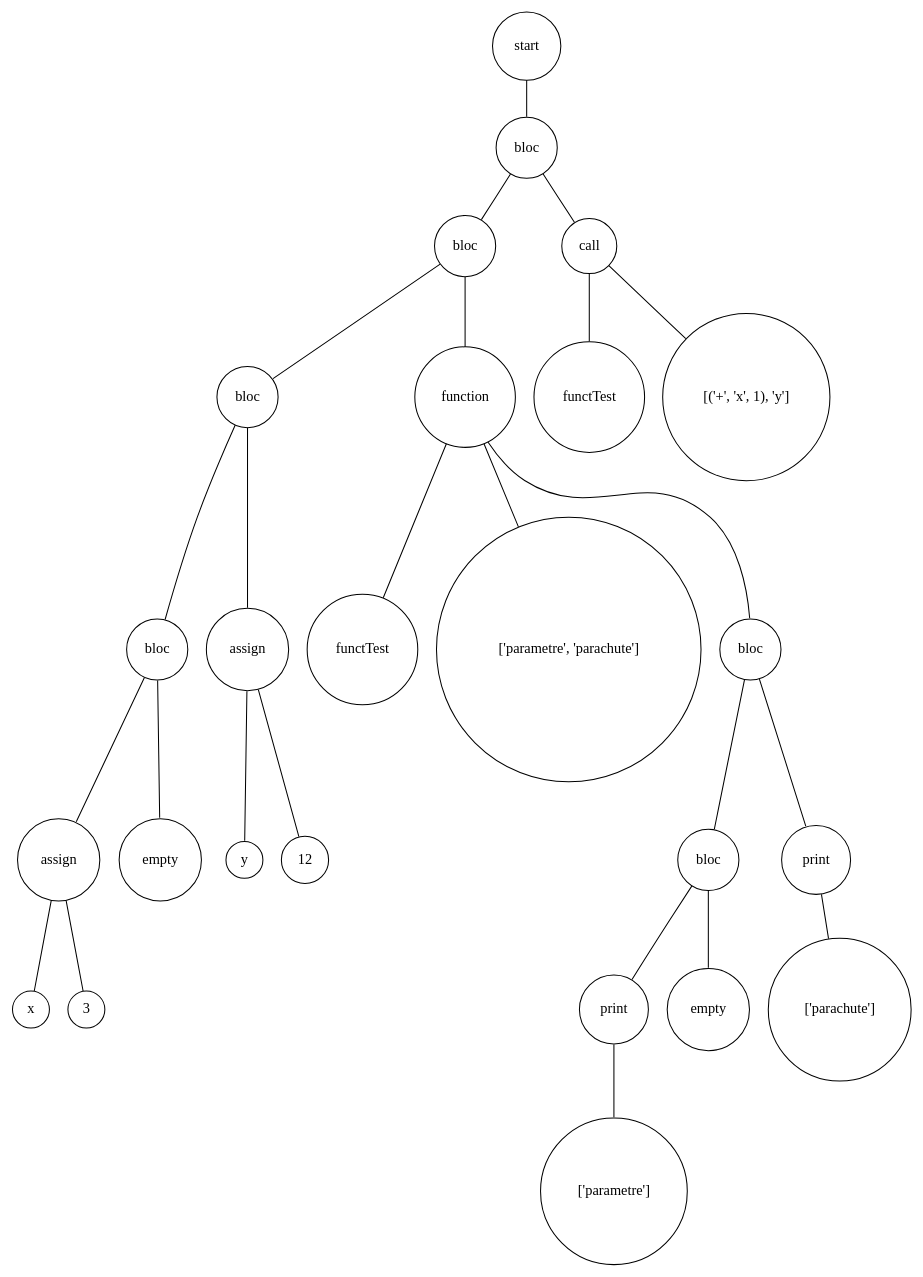
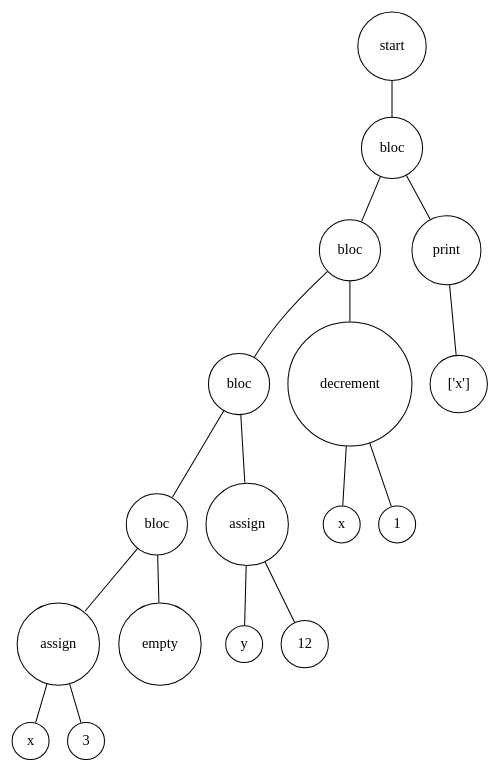
The diagram in Digraph.gv (Thomas-Goillot/PYTHON-miniLanguage), drawn with Graphviz before and after one commit. The commit also changed 8 other files, not shown here.

```diff
--- a/Digraph.gv
+++ b/Digraph.gv
@@ -1,52 +1,36 @@
 digraph {
 	node [shape=circle]
-	"0dcdf886-30f4-4659-b732-e5ad84860a3e" [label=start]
-	"75d74533-957f-4913-903a-0fbe931bff45" [label=bloc]
-	"9861c1c3-73e4-434a-b7ab-7946b3d39382" [label=bloc]
-	"1320ef26-20c0-4356-8fed-67bb84b0d733" [label=bloc]
-	"3601d31d-3124-4be1-9418-9c4a81dc9a44" [label=bloc]
-	"2840d697-9acd-4969-babe-d9f1cd3fc293" [label=assign]
-	"0112bb74-d082-4ee9-9bfc-3e7ace58b814" [label=x]
-	"2840d697-9acd-4969-babe-d9f1cd3fc293" -> "0112bb74-d082-4ee9-9bfc-3e7ace58b814" [arrowsize=0]
-	"bd35fb9b-5fa0-47d6-b911-7f152a4ae827" [label=3]
-	"2840d697-9acd-4969-babe-d9f1cd3fc293" -> "bd35fb9b-5fa0-47d6-b911-7f152a4ae827" [arrowsize=0]
-	"3601d31d-3124-4be1-9418-9c4a81dc9a44" -> "2840d697-9acd-4969-babe-d9f1cd3fc293" [arrowsize=0]
-	"fbfa5158-9e07-4b11-8bbf-ea5a17534bd7" [label=empty]
-	"3601d31d-3124-4be1-9418-9c4a81dc9a44" -> "fbfa5158-9e07-4b11-8bbf-ea5a17534bd7" [arrowsize=0]
-	"1320ef26-20c0-4356-8fed-67bb84b0d733" -> "3601d31d-3124-4be1-9418-9c4a81dc9a44" [arrowsize=0]
-	"2f571a72-7f06-4c8e-98f3-29b57ae9e636" [label=assign]
-	"6cc8123c-ec1c-409f-801f-55474b1d1d34" [label=y]
-	"2f571a72-7f06-4c8e-98f3-29b57ae9e636" -> "6cc8123c-ec1c-409f-801f-55474b1d1d34" [arrowsize=0]
-	"bed11abd-44c8-4c3f-b118-d53209987d05" [label=12]
-	"2f571a72-7f06-4c8e-98f3-29b57ae9e636" -> "bed11abd-44c8-4c3f-b118-d53209987d05" [arrowsize=0]
-	"1320ef26-20c0-4356-8fed-67bb84b0d733" -> "2f571a72-7f06-4c8e-98f3-29b57ae9e636" [arrowsize=0]
-	"9861c1c3-73e4-434a-b7ab-7946b3d39382" -> "1320ef26-20c0-4356-8fed-67bb84b0d733" [arrowsize=0]
-	"690ccd9e-1ac1-446f-8213-84cf29882306" [label=function]
-	"b5189b03-6794-440c-a118-bad81ec344b7" [label=functTest]
-	"690ccd9e-1ac1-446f-8213-84cf29882306" -> "b5189b03-6794-440c-a118-bad81ec344b7" [arrowsize=0]
-	"91470512-51d4-4044-8b54-309c711def66" [label="['parametre', 'parachute']"]
-	"690ccd9e-1ac1-446f-8213-84cf29882306" -> "91470512-51d4-4044-8b54-309c711def66" [arrowsize=0]
-	"2ac21398-59c1-4ccd-9186-45671b0d57b0" [label=bloc]
-	"6a1b3946-cc7c-4da0-bccf-e868e84dac2f" [label=bloc]
-	"05f161b0-744f-4ba4-b0ac-49a6c36be0f6" [label=print]
-	"2ac44bc8-626c-467c-877a-e76344901c50" [label="['parametre']"]
-	"05f161b0-744f-4ba4-b0ac-49a6c36be0f6" -> "2ac44bc8-626c-467c-877a-e76344901c50" [arrowsize=0]
-	"6a1b3946-cc7c-4da0-bccf-e868e84dac2f" -> "05f161b0-744f-4ba4-b0ac-49a6c36be0f6" [arrowsize=0]
-	"733baa1d-7c1f-4bf2-83dd-d88c13e16344" [label=empty]
-	"6a1b3946-cc7c-4da0-bccf-e868e84dac2f" -> "733baa1d-7c1f-4bf2-83dd-d88c13e16344" [arrowsize=0]
-	"2ac21398-59c1-4ccd-9186-45671b0d57b0" -> "6a1b3946-cc7c-4da0-bccf-e868e84dac2f" [arrowsize=0]
-	"61368049-25d4-44d8-82b2-78a3595a2068" [label=print]
-	"a2c1406e-ba76-4c89-804a-a6960f61e193" [label="['parachute']"]
-	"61368049-25d4-44d8-82b2-78a3595a2068" -> "a2c1406e-ba76-4c89-804a-a6960f61e193" [arrowsize=0]
-	"2ac21398-59c1-4ccd-9186-45671b0d57b0" -> "61368049-25d4-44d8-82b2-78a3595a2068" [arrowsize=0]
-	"690ccd9e-1ac1-446f-8213-84cf29882306" -> "2ac21398-59c1-4ccd-9186-45671b0d57b0" [arrowsize=0]
-	"9861c1c3-73e4-434a-b7ab-7946b3d39382" -> "690ccd9e-1ac1-446f-8213-84cf29882306" [arrowsize=0]
-	"75d74533-957f-4913-903a-0fbe931bff45" -> "9861c1c3-73e4-434a-b7ab-7946b3d39382" [arrowsize=0]
-	"56a021c9-0621-4854-969d-a221719dc1f8" [label=call]
-	"87564cd1-c98f-4c04-88be-b0c78b33d88a" [label=functTest]
-	"56a021c9-0621-4854-969d-a221719dc1f8" -> "87564cd1-c98f-4c04-88be-b0c78b33d88a" [arrowsize=0]
-	"03f154c6-9359-48d3-8792-f0864cdfdb4e" [label="[('+', 'x', 1), 'y']"]
-	"56a021c9-0621-4854-969d-a221719dc1f8" -> "03f154c6-9359-48d3-8792-f0864cdfdb4e" [arrowsize=0]
-	"75d74533-957f-4913-903a-0fbe931bff45" -> "56a021c9-0621-4854-969d-a221719dc1f8" [arrowsize=0]
-	"0dcdf886-30f4-4659-b732-e5ad84860a3e" -> "75d74533-957f-4913-903a-0fbe931bff45" [arrowsize=0]
+	"b51b3860-31f7-49e8-80e2-fa7ebf7a56b9" [label=start]
+	"7dc7f1f7-1b92-452a-a583-110423fff66d" [label=bloc]
+	"79f1363b-21a6-44a3-a059-0393cd809ebf" [label=bloc]
+	"8954e68f-c315-4e74-864e-bd8925ec2112" [label=bloc]
+	"f0dc369e-6ed5-4595-b588-540b49d336be" [label=bloc]
+	"ca6a3680-d97e-4d5d-a2ee-2483f48192fa" [label=assign]
+	"2b50de47-12d9-417a-8703-39bbcac370e2" [label=x]
+	"ca6a3680-d97e-4d5d-a2ee-2483f48192fa" -> "2b50de47-12d9-417a-8703-39bbcac370e2" [arrowsize=0]
+	"3c90b0d1-c202-4c74-ad01-639bc0b2d391" [label=3]
+	"ca6a3680-d97e-4d5d-a2ee-2483f48192fa" -> "3c90b0d1-c202-4c74-ad01-639bc0b2d391" [arrowsize=0]
+	"f0dc369e-6ed5-4595-b588-540b49d336be" -> "ca6a3680-d97e-4d5d-a2ee-2483f48192fa" [arrowsize=0]
+	"a01f4d81-97f6-4d03-b3ef-a1e89fb01269" [label=empty]
+	"f0dc369e-6ed5-4595-b588-540b49d336be" -> "a01f4d81-97f6-4d03-b3ef-a1e89fb01269" [arrowsize=0]
+	"8954e68f-c315-4e74-864e-bd8925ec2112" -> "f0dc369e-6ed5-4595-b588-540b49d336be" [arrowsize=0]
+	"d1d84074-25a4-4652-b029-700b4e247206" [label=assign]
+	"ec550c59-1c4e-4564-955c-1716d8619d57" [label=y]
+	"d1d84074-25a4-4652-b029-700b4e247206" -> "ec550c59-1c4e-4564-955c-1716d8619d57" [arrowsize=0]
+	"d3bc5a3e-1cce-43a5-b3c7-e25703c15e22" [label=12]
+	"d1d84074-25a4-4652-b029-700b4e247206" -> "d3bc5a3e-1cce-43a5-b3c7-e25703c15e22" [arrowsize=0]
+	"8954e68f-c315-4e74-864e-bd8925ec2112" -> "d1d84074-25a4-4652-b029-700b4e247206" [arrowsize=0]
+	"79f1363b-21a6-44a3-a059-0393cd809ebf" -> "8954e68f-c315-4e74-864e-bd8925ec2112" [arrowsize=0]
+	"a0d16860-cc14-4982-8322-b395d8e1fe70" [label=decrement]
+	"3aaf898e-e7c3-4829-9319-dab3761db1cd" [label=x]
+	"a0d16860-cc14-4982-8322-b395d8e1fe70" -> "3aaf898e-e7c3-4829-9319-dab3761db1cd" [arrowsize=0]
+	"d60f8ca5-9e1e-425b-a0d1-73aa356fc152" [label=1]
+	"a0d16860-cc14-4982-8322-b395d8e1fe70" -> "d60f8ca5-9e1e-425b-a0d1-73aa356fc152" [arrowsize=0]
+	"79f1363b-21a6-44a3-a059-0393cd809ebf" -> "a0d16860-cc14-4982-8322-b395d8e1fe70" [arrowsize=0]
+	"7dc7f1f7-1b92-452a-a583-110423fff66d" -> "79f1363b-21a6-44a3-a059-0393cd809ebf" [arrowsize=0]
+	"d69a7993-eab1-460e-8f26-5d40bb7ce7e2" [label=print]
+	"b9a1d7db-673e-48c5-92b7-c807f6cf3590" [label="['x']"]
+	"d69a7993-eab1-460e-8f26-5d40bb7ce7e2" -> "b9a1d7db-673e-48c5-92b7-c807f6cf3590" [arrowsize=0]
+	"7dc7f1f7-1b92-452a-a583-110423fff66d" -> "d69a7993-eab1-460e-8f26-5d40bb7ce7e2" [arrowsize=0]
+	"b51b3860-31f7-49e8-80e2-fa7ebf7a56b9" -> "7dc7f1f7-1b92-452a-a583-110423fff66d" [arrowsize=0]
 }
```
